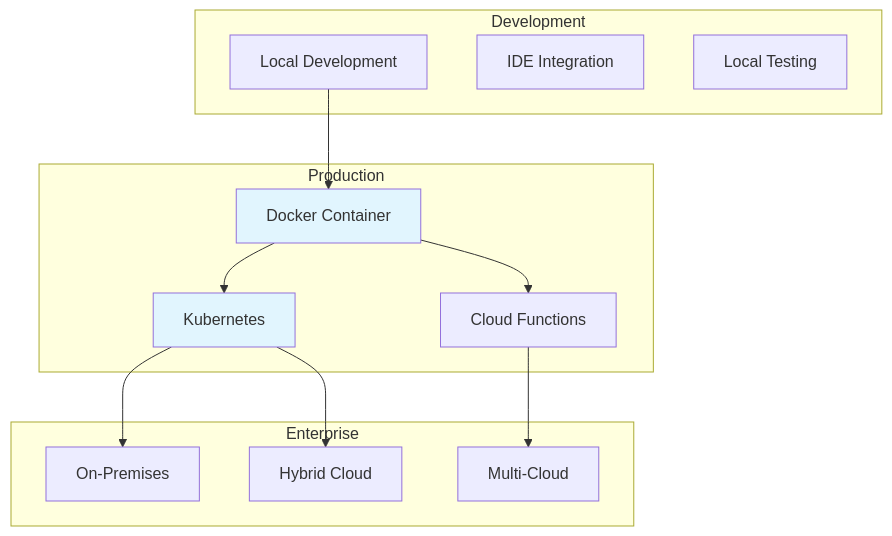
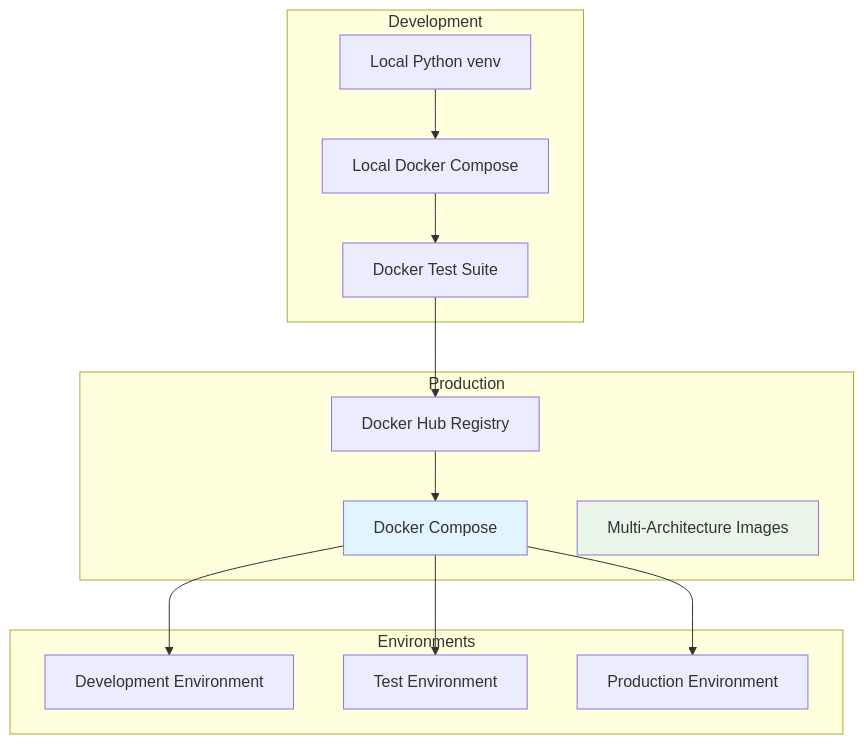
The first of 5 diagrams in docs/design/hld/07-deployment-architecture.md (makutaku/vortex), drawn with Mermaid before and after one commit. The commit also changed other lines of this file and 2 other files, not shown here.

````diff
--- a/docs/design/hld/07-deployment-architecture.md
+++ b/docs/design/hld/07-deployment-architecture.md
@@ -12,30 +12,31 @@
 ```mermaid
 graph TB
     subgraph "Development"
-        Dev[Local Development]
-        IDE[IDE Integration]
-        Testing[Local Testing]
+        LocalPython[Local Python venv]
+        LocalDocker[Local Docker Compose]
+        Testing[Docker Test Suite]
     end
     
     subgraph "Production"
-        Container[Docker Container]
-        K8s[Kubernetes]
-        Cloud[Cloud Functions]
+        DockerHub[Docker Hub Registry]
+        DockerCompose[Docker Compose]
+        MultiArch[Multi-Architecture Images]
     end
     
-    subgraph "Enterprise"
-        OnPrem[On-Premises]
-        Hybrid[Hybrid Cloud]
-        MultiCloud[Multi-Cloud]
+    subgraph "Environments"
+        DevEnv[Development Environment]
+        TestEnv[Test Environment] 
+        ProdEnv[Production Environment]
     end
     
-    Dev --> Container
-    Container --> K8s
-    Container --> Cloud
-    K8s --> OnPrem
-    K8s --> Hybrid
-    Cloud --> MultiCloud
+    LocalPython --> LocalDocker
+    LocalDocker --> Testing
+    Testing --> DockerHub
+    DockerHub --> DockerCompose
+    DockerCompose --> DevEnv
+    DockerCompose --> TestEnv
+    DockerCompose --> ProdEnv
     
-    style Container fill:#e1f5fe
-    style K8s fill:#e1f5fe
+    style DockerCompose fill:#e1f5fe
+    style MultiArch fill:#e8f5e8
 ```
````
